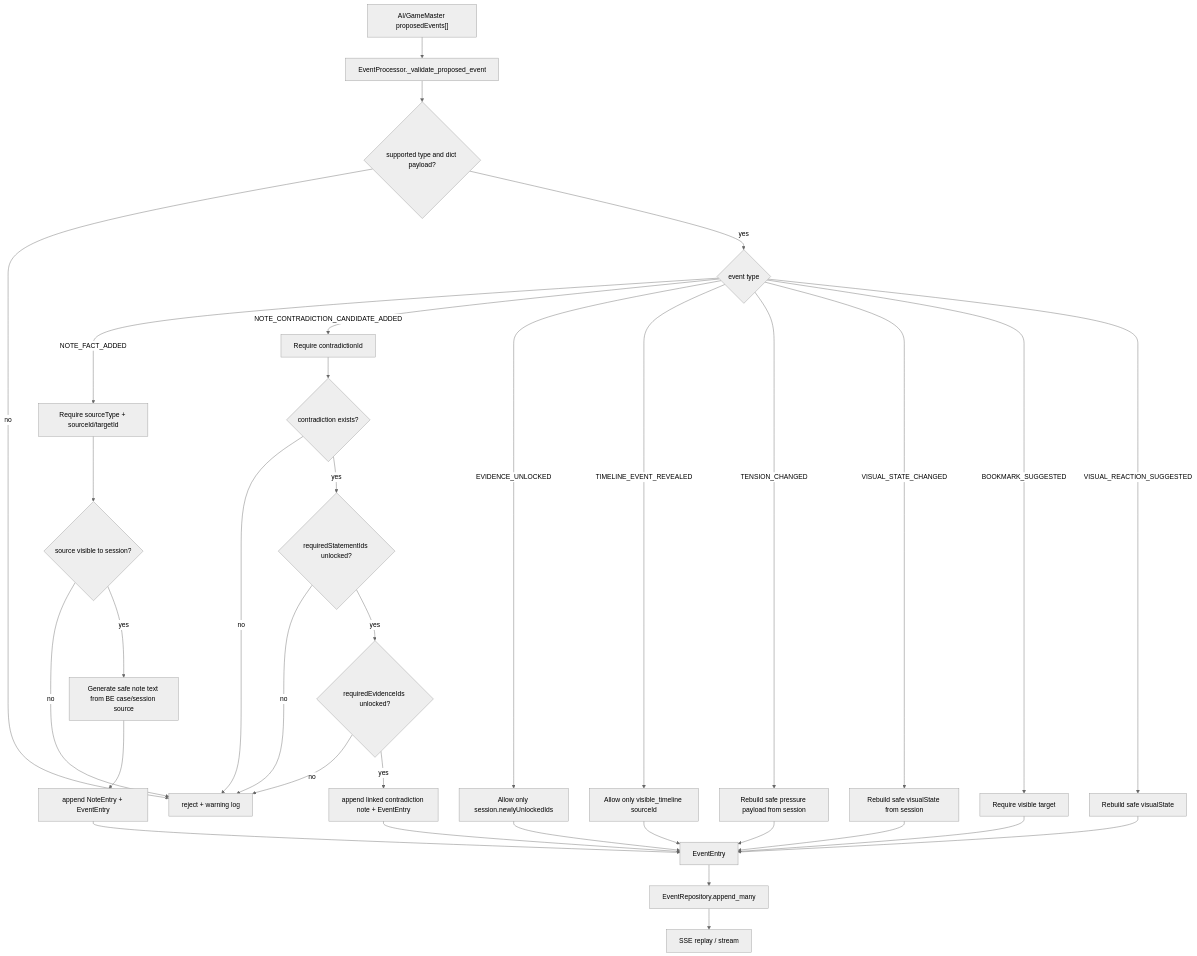
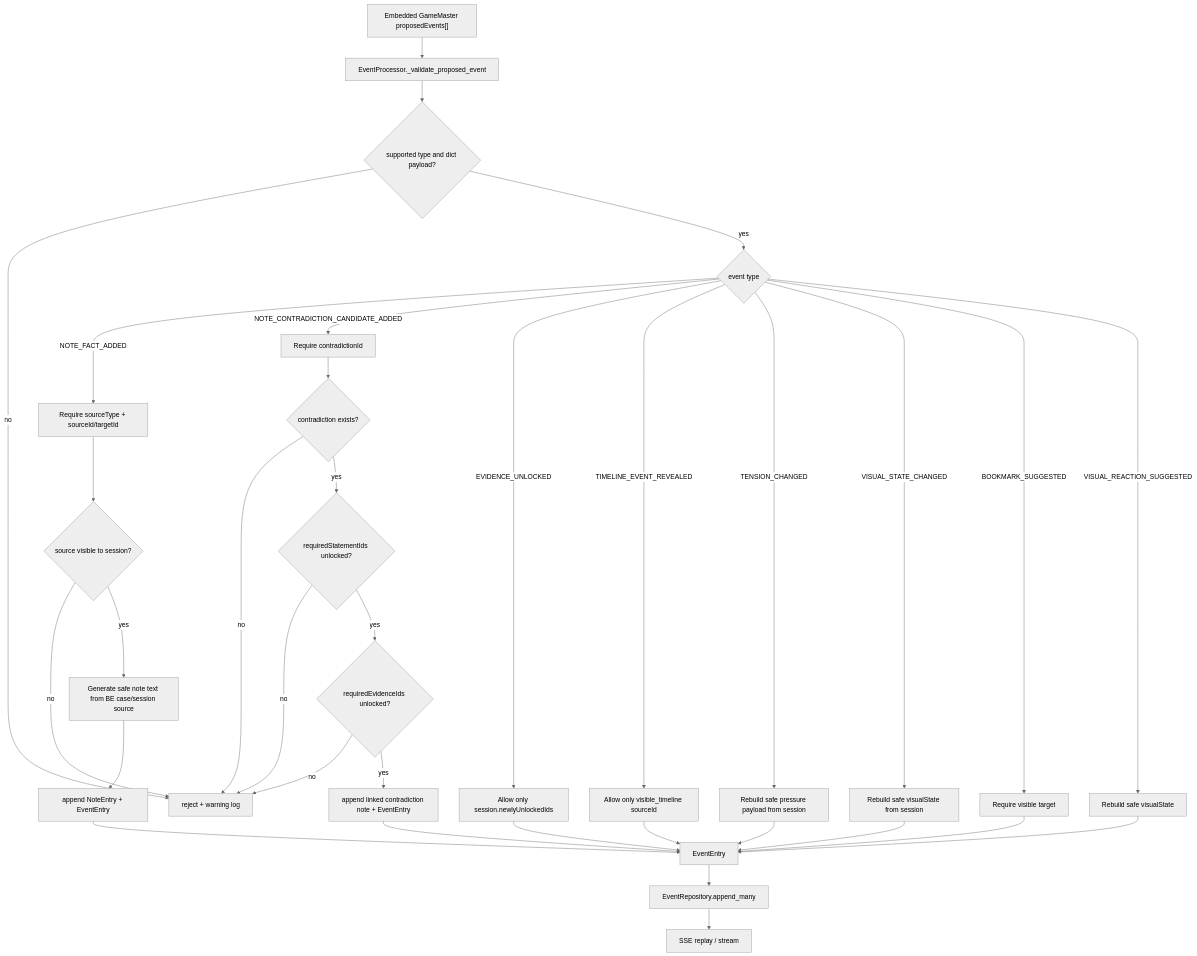
Before and after one commit to LeeSwallow/asm-team08-ai-study: the third of 5 diagrams in BE/Docs/architecture-models.md, drawn with Mermaid (neutral theme). The commit also changed 43 other files, not shown here.

````diff
--- a/BE/Docs/architecture-models.md
+++ b/BE/Docs/architecture-models.md
@@ -114,40 +114,40 @@
 ```mermaid
 flowchart TD
-    A["AI/GameMaster proposedEvents[]"] --> B["EventProcessor._validate_proposed_event"]
+    A["Embedded GameMaster proposedEvents[]"] --> B["EventProcessor._validate_proposed_event"]
     B --> C{"supported type and dict payload?"}
     C -- no --> R["reject + warning log"]
     C -- yes --> D{"event type"}
 
     D -- NOTE_FACT_ADDED --> NF["Require sourceType + sourceId/targetId"]
     NF --> NF2{"source visible to session?"}
     NF2 -- no --> R
     NF2 -- yes --> NF3["Generate safe note text from BE case/session source"]
     NF3 --> NF4["append NoteEntry + EventEntry"]
 
     D -- NOTE_CONTRADICTION_CANDIDATE_ADDED --> NC["Require contradictionId"]
     NC --> NC2{"contradiction exists?"}
     NC2 -- no --> R
     NC2 -- yes --> NC3{"requiredStatementIds unlocked?"}
     NC3 -- no --> R
     NC3 -- yes --> NC4{"requiredEvidenceIds unlocked?"}
     NC4 -- no --> R
     NC4 -- yes --> NC5["append linked contradiction note + EventEntry"]
 
     D -- EVIDENCE_UNLOCKED --> EU["Allow only session.newlyUnlockedIds"]
     D -- TIMELINE_EVENT_REVEALED --> TL["Allow only visible_timeline sourceId"]
     D -- TENSION_CHANGED --> TN["Rebuild safe pressure payload from session"]
     D -- VISUAL_STATE_CHANGED --> VS["Rebuild safe visualState from session"]
     D -- BOOKMARK_SUGGESTED --> BM["Require visible target"]
     D -- VISUAL_REACTION_SUGGESTED --> VR["Rebuild safe visualState"]
 
     EU --> OK["EventEntry"]
     TL --> OK
     TN --> OK
     VS --> OK
     BM --> OK
     VR --> OK
     NF4 --> OK
     NC5 --> OK
     OK --> E["EventRepository.append_many"]
     E --> S["SSE replay / stream"]
 ```
````
